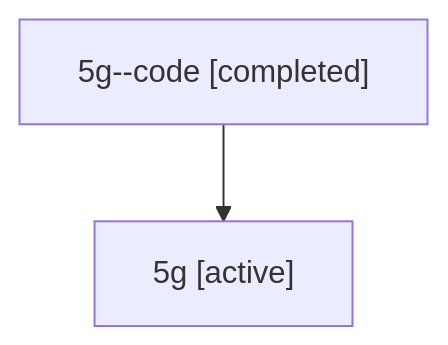
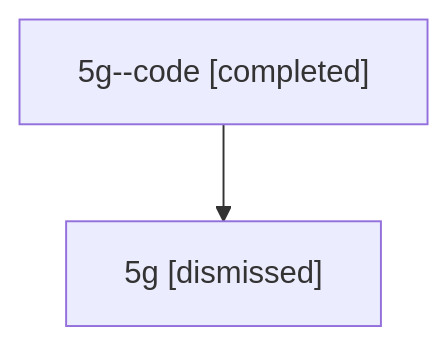
One commit to sase-org/sase--agents changed the diagram in sessions/bbugyi200.athena.5g.md. Above: the diagram before and after it, drawn with Mermaid. The commit also changed other lines of this file and 42 other files, not shown here.

````diff
--- a/sessions/bbugyi200.athena.5g.md
+++ b/sessions/bbugyi200.athena.5g.md
@@ -9,6 +9,6 @@
 ```mermaid
 flowchart TD
   n0["5g--code [completed]"]
-  n1["5g [active]"]
+  n1["5g [dismissed]"]
   n0 --> n1
 ```
````
